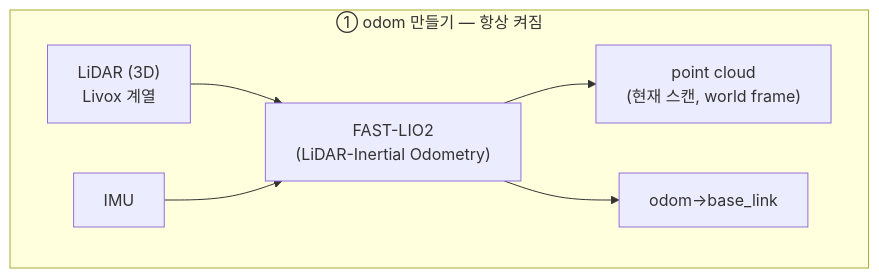
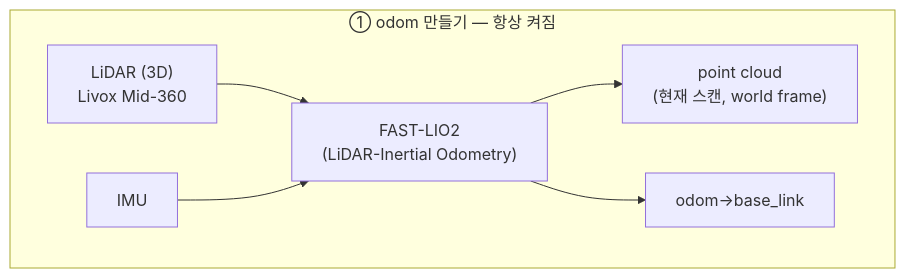
The first of 4 diagrams in 5_드론 적용/P1_둠둠_프로젝트/01_통합_노드_아키텍처.md (codebaragi23/ROS2-doc), drawn with Mermaid before and after one commit. The commit also changed 2 other files, not shown here.

Commit message:
docs: 둠둠 프로젝트 LiDAR를 Livox Mid-360으로 명시
00번 문서에 하드웨어 표를 추가하고, 그동안 '3D LiDAR(Livox 계열)'로
뭉뚱그려 쓰던 표현을 실 프로젝트 하드웨어인 Mid-360으로 못박았다.
선정 근거(04-1의 Avia 대비 무게·FOV 비교)와 트레이드오프(Avia보다
높은 전력)도 함께 명시. 01의 다이어그램 노드 라벨, 03의 드라이버
설명도 함께 갱신.

````diff
--- a/5_드론 적용/P1_둠둠_프로젝트/01_통합_노드_아키텍처.md
+++ b/5_드론 적용/P1_둠둠_프로젝트/01_통합_노드_아키텍처.md
@@ -14,12 +14,12 @@
 ```mermaid
 flowchart TB
     subgraph ODOM["① odom 만들기 — 항상 켜짐"]
         L["LiDAR (3D)
-Livox 계열"] --> LIO["FAST-LIO2
+Livox Mid-360"] --> LIO["FAST-LIO2
 (LiDAR-Inertial Odometry)"]
         I[IMU] --> LIO
         LIO --> PC["point cloud
 (현재 스캔, world frame)"]
         LIO --> ODM["odom→base_link"]
     end
 ```
````
